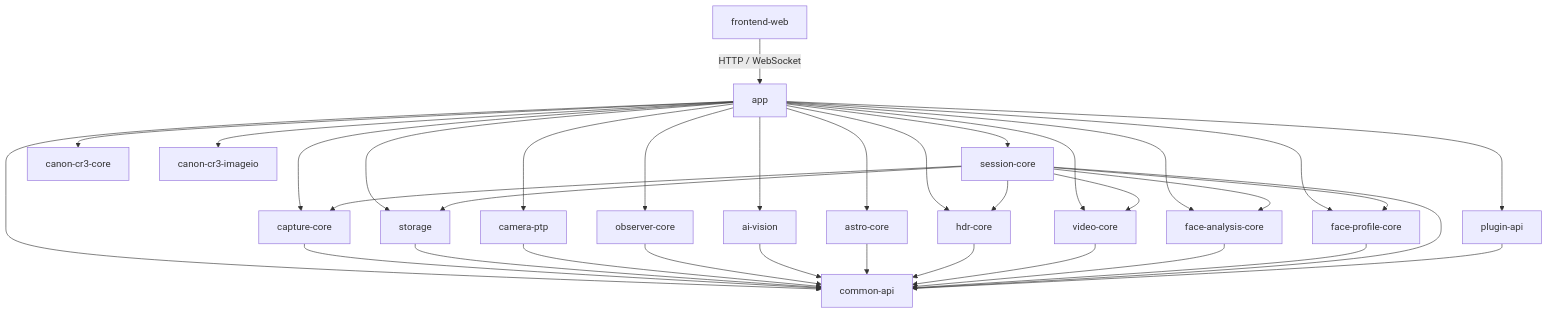
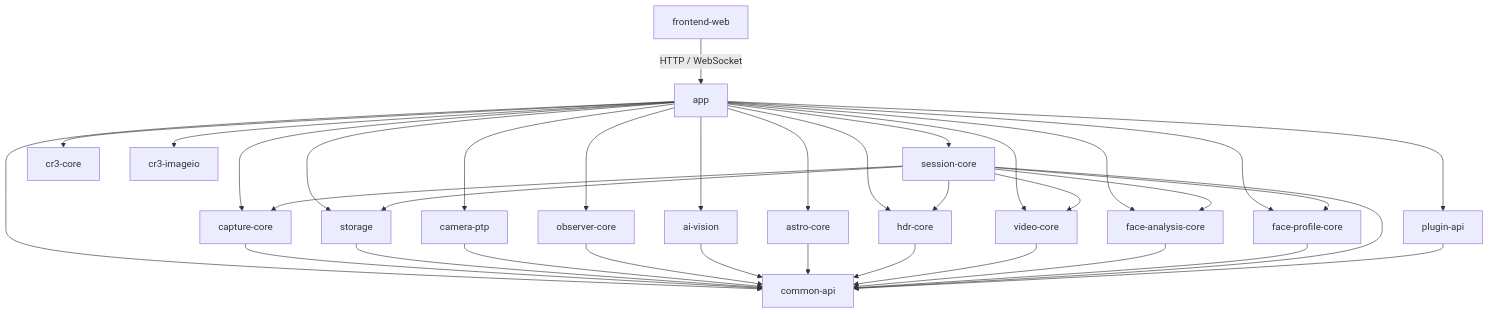
One commit to carstenartur/Photographer changed the first of 2 diagrams in docs/developer/architecture.md. Above: the diagram before and after it, drawn with Mermaid. The commit also changed other lines of this file and 53 other files, not shown here.

````diff
--- a/docs/developer/architecture.md
+++ b/docs/developer/architecture.md
@@ -18,41 +18,41 @@
 ```mermaid
 graph TD
     UI[frontend-web] -->|HTTP / WebSocket| APP[app]
 
     APP --> COMMON[common-api]
     APP --> PLUGIN[plugin-api]
     APP --> CAPTURE[capture-core]
     APP --> SESSION[session-core]
     APP --> STORAGE[storage]
     APP --> PTP[camera-ptp]
     APP --> OBSERVER[observer-core]
     APP --> AI[ai-vision]
     APP --> ASTRO[astro-core]
     APP --> HDR[hdr-core]
     APP --> VIDEO[video-core]
     APP --> FACE[face-analysis-core]
     APP --> PROFILE[face-profile-core]
-    APP --> CR3CORE[canon-cr3-core]
-    APP --> IMAGEIO[canon-cr3-imageio]
+    APP --> CR3CORE[cr3-core]
+    APP --> IMAGEIO[cr3-imageio]
 
     CAPTURE --> COMMON
     STORAGE --> COMMON
     PTP --> COMMON
     OBSERVER --> COMMON
     AI --> COMMON
     ASTRO --> COMMON
     HDR --> COMMON
     VIDEO --> COMMON
     FACE --> COMMON
     PROFILE --> COMMON
 
     SESSION --> COMMON
     SESSION --> CAPTURE
     SESSION --> STORAGE
     SESSION --> HDR
     SESSION --> VIDEO
     SESSION --> FACE
     SESSION --> PROFILE
 
     PLUGIN --> COMMON
 ```
````
